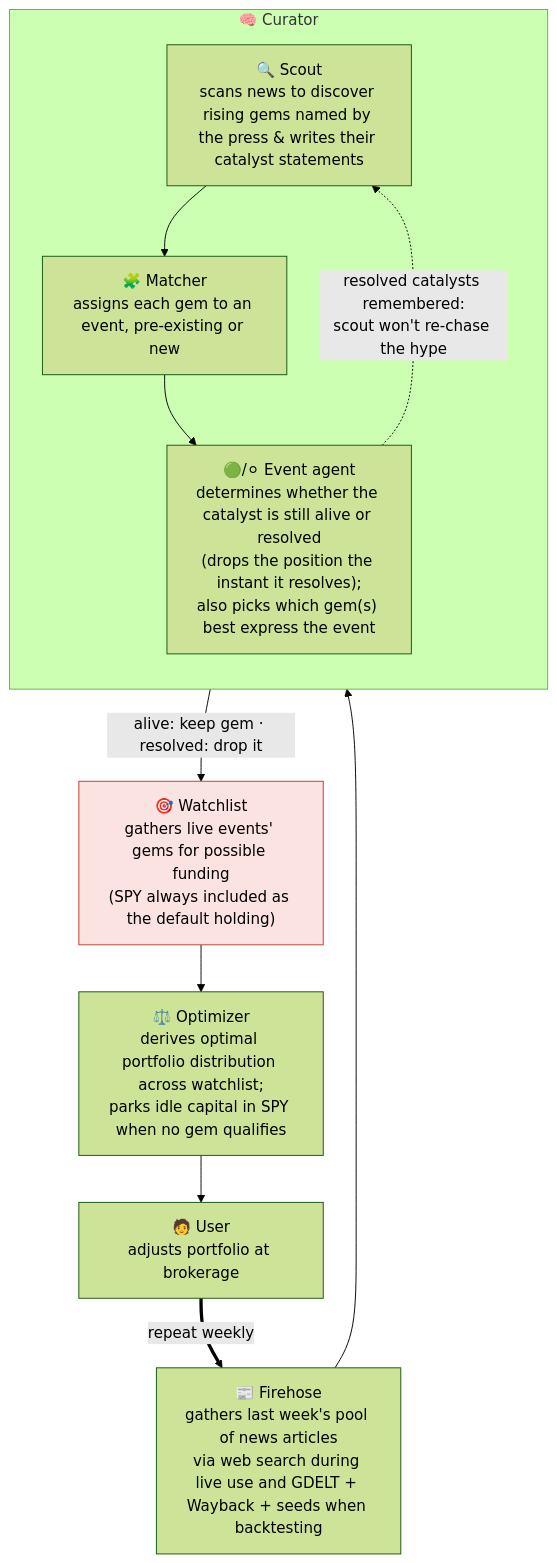
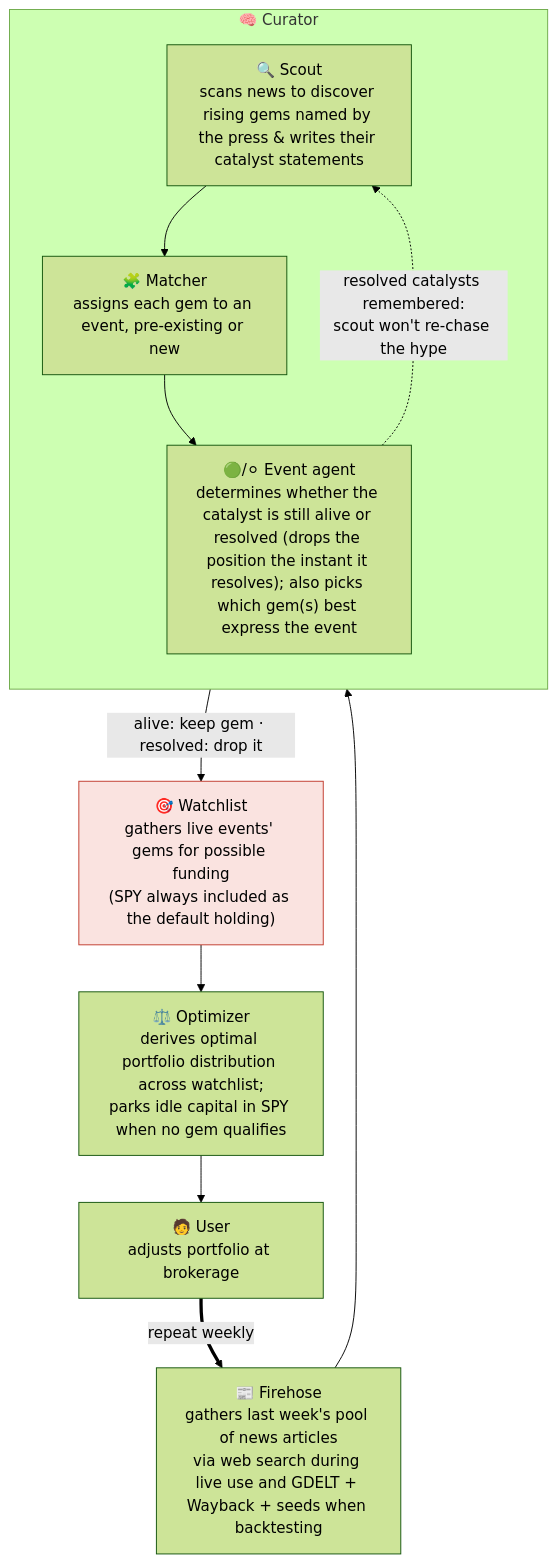
The diagram in README.md (joehahn/geo-herd-rider), drawn with Mermaid (forest theme) before and after one commit.

Commit message:
README diagram: collapse Event agent box to title + one description line

````diff
--- a/README.md
+++ b/README.md
@@ -18,25 +18,25 @@
 ```mermaid
 flowchart TD
     S["📰 Firehose<br/>gathers last week's pool of news articles<br/>via web search during live use and GDELT + Wayback + seeds when backtesting"]
 
     subgraph CUR["🧠 Curator"]
       direction TB
       SC["🔍 Scout<br/>scans news to discover rising gems named by the press & writes their catalyst statements"]
       MA["🧩 Matcher<br/>assigns each gem to an event, pre-existing or new"]
-      AG["🟢/⚪ Event agent<br/>determines whether the catalyst is still alive or resolved<br/>(drops the position the instant it resolves);<br/>also picks which gem(s) best express the event"]
+      AG["🟢/⚪ Event agent<br/>determines whether the catalyst is still alive or resolved (drops the position the instant it resolves); also picks which gem(s) best express the event"]
       SC --> MA --> AG
     end
 
     E["🎯 Watchlist<br/>gathers live events' gems for possible funding<br/>(SPY always included as the default holding)"]
     W["⚖️ Optimizer<br/>derives optimal portfolio distribution across watchlist;<br/>parks idle capital in SPY when no gem qualifies"]
     U["🧑 User<br/>adjusts portfolio at brokerage"]
 
     S --> SC
     AG -- "alive: keep gem · resolved: drop it" --> E
     AG -. "resolved catalysts remembered:<br/>scout won't re-chase the hype" .-> SC
     E --> W --> U
     U == "repeat weekly" ==> S
 
     classDef bet fill:#fae3e0,stroke:#c0392b;
     class E bet
 ```
````
